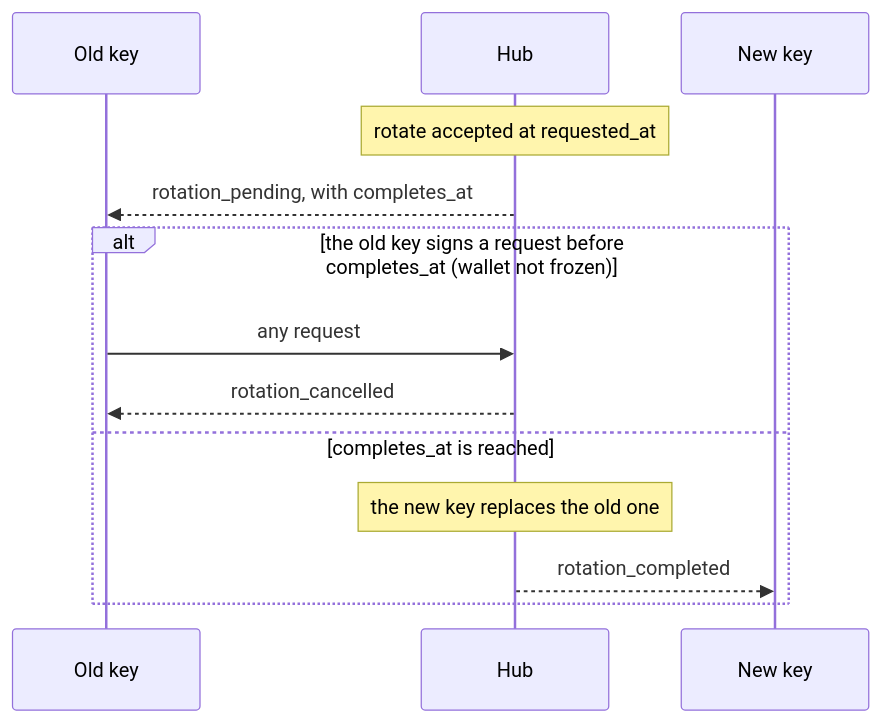
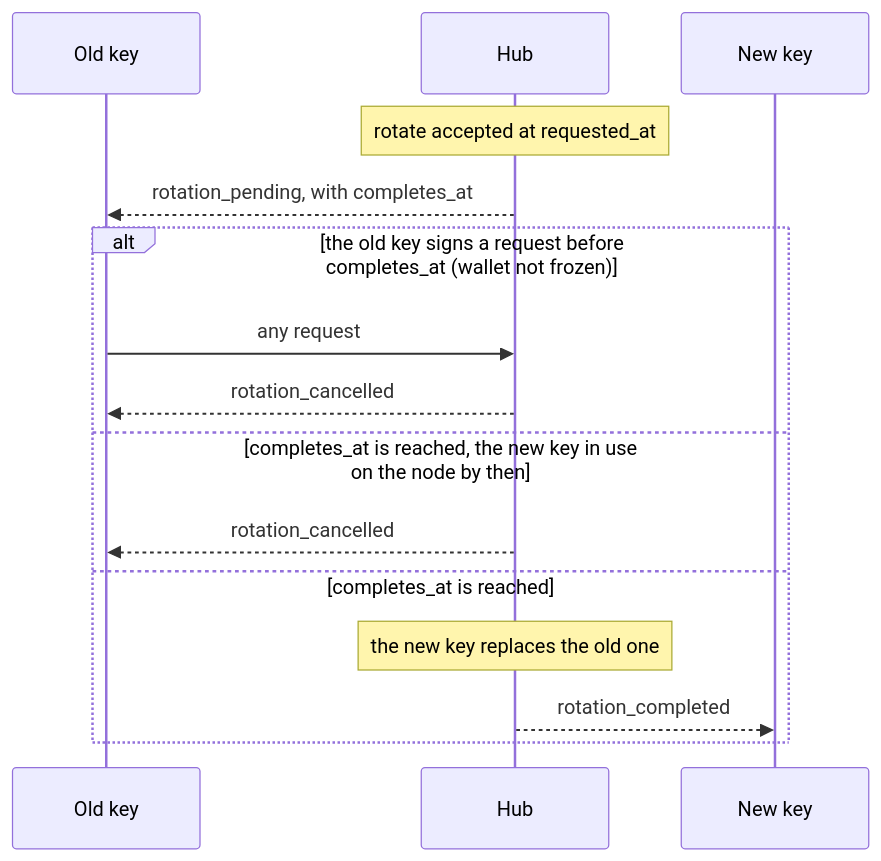
The second of 3 diagrams in NIP-CW.md (ohstr/nips), drawn with Mermaid before and after one commit. The commit also changed other lines of this file, not shown here.

Commit message:
docs(nip-cw): match the rotation and join diagrams and the payment table to the rules (#47)

````diff
--- a/NIP-CW.md
+++ b/NIP-CW.md
@@ -820,15 +820,17 @@
 ```mermaid
 sequenceDiagram
     participant O as Old key
     participant H as Hub
     participant N as New key
     Note over H: rotate accepted at requested_at
     H-->>O: rotation_pending, with completes_at
     alt the old key signs a request before completes_at (wallet not frozen)
         O->>H: any request
         H-->>O: rotation_cancelled
+    else completes_at is reached, the new key in use on the node by then
+        H-->>O: rotation_cancelled
     else completes_at is reached
         Note over H: the new key replaces the old one
         H-->>N: rotation_completed
     end
 ```
````
